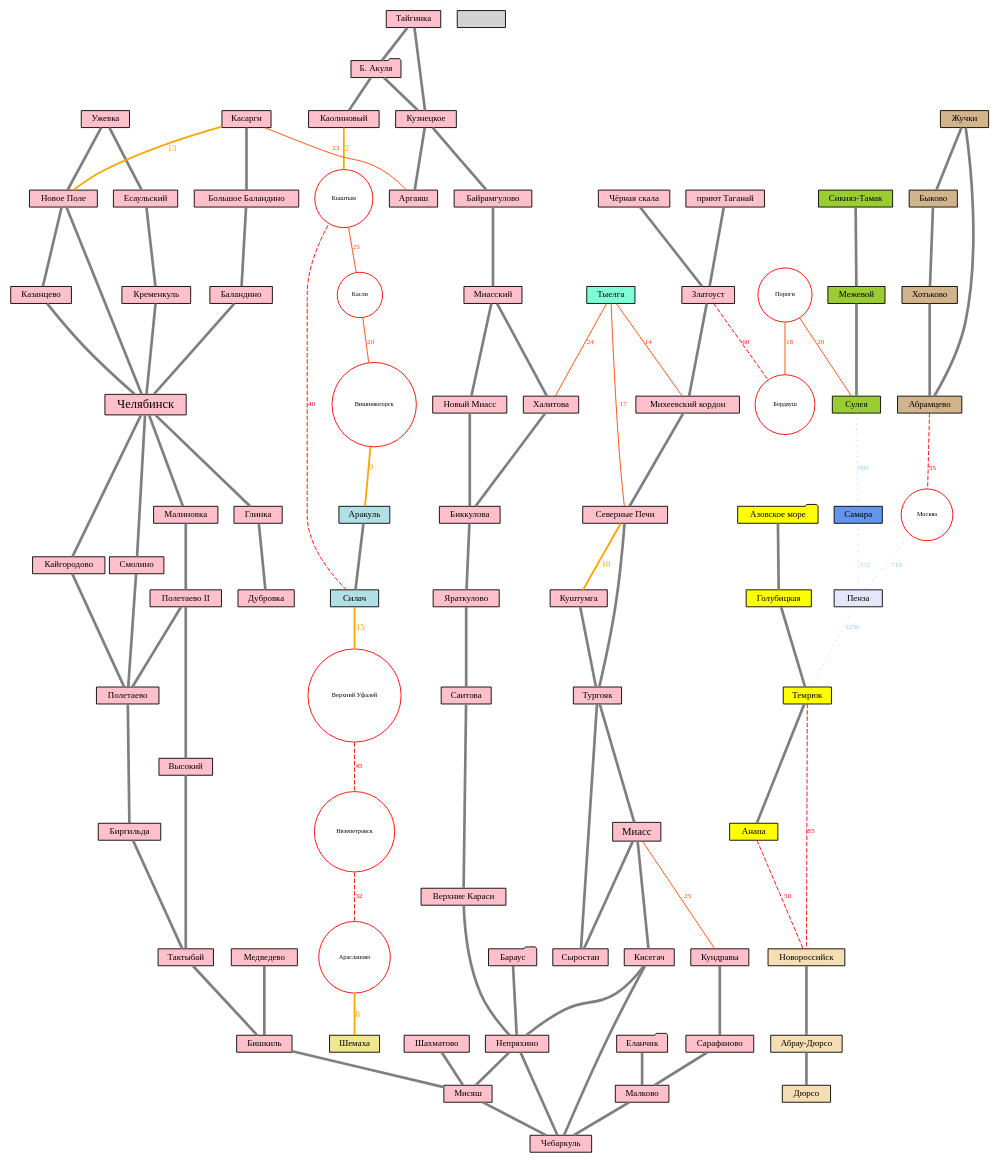
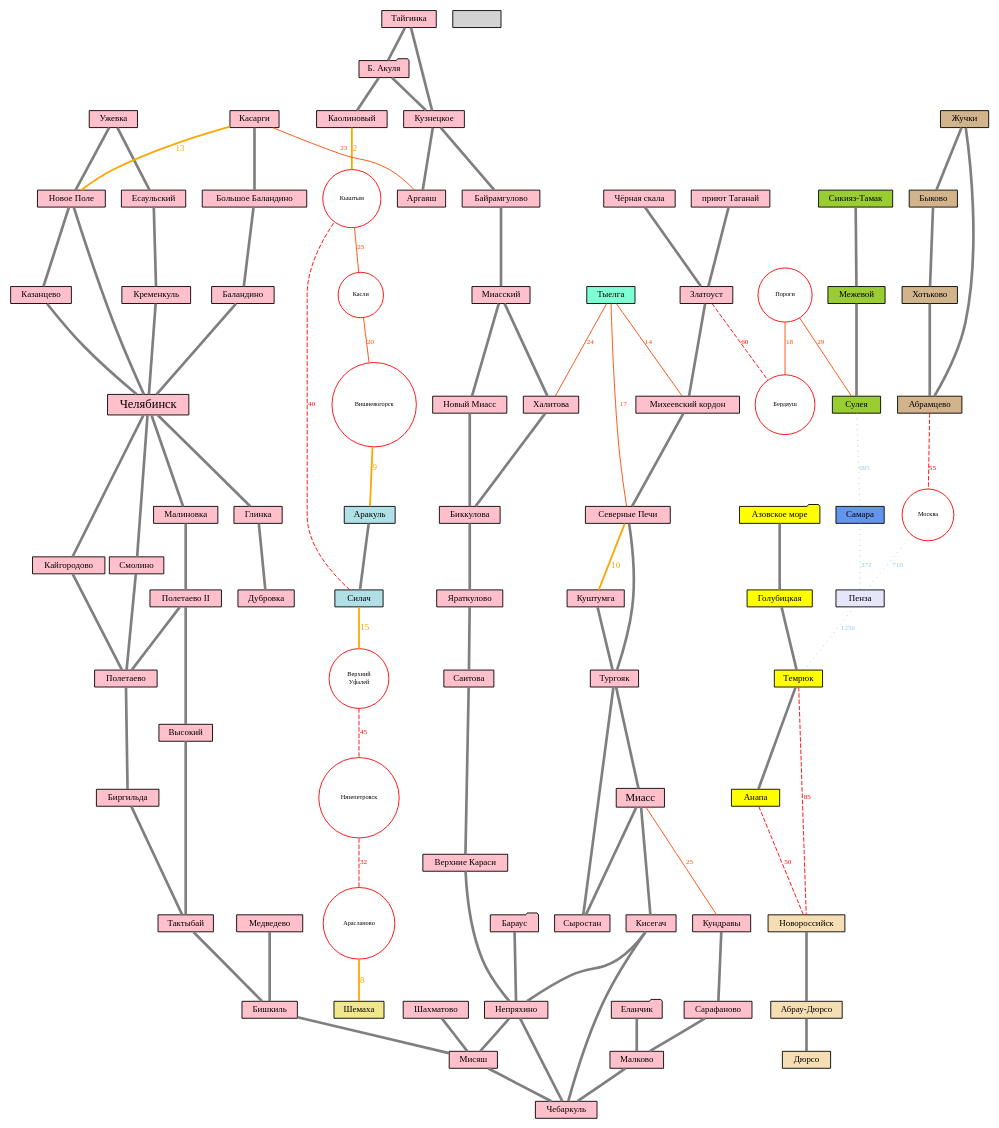
Before and after one commit to shoorick/bike-area: the diagram in bike-area.dot, drawn with Graphviz.

Commit message:
Верхний Уфалей разбит на две строки

```diff
--- a/bike-area.dot
+++ b/bike-area.dot
@@ -1,146 +1,146 @@
 graph G {
     node [ shape=box, fontsize=10, fontname="Droid Sans", style=filled, height=0.2 ]
     edge [ color=gray50, penwidth=3, fontname="Droid Sans" ]
     graph [ overlap=false ]
 
     subgraph main {
         node [ fillcolor=pink ]
         Челябинск [ fontsize=14 ]
 
         "Б. Акуля" [ shape=folder ]
         "Бараус"   [ shape=folder ]
         "Еланчик"  [ shape=folder ]
 
         Миасс [ fontsize=12 ]
         Челябинск -- Смолино -- Полетаево -- Биргильда -- Тактыбай -- Бишкиль -- Мисяш -- Чебаркуль
         Миасс -- Кисегач -- Чебаркуль
         Кисегач -- Непряхино -- Мисяш
         Шахматово -- Мисяш
         Медведево -- Бишкиль
         Челябинск -- Малиновка -- "Полетаево II" -- Высокий -- Тактыбай
         "Полетаево II" -- Полетаево
         "Б. Акуля" -- Кузнецкое -- Байрамгулово -- Миасский -- "Новый Миасс" -- Биккулова -- Яраткулово -- Саитова -- "Верхние Караси" -- Непряхино
         Кундравы -- Сарафаново -- Малково
         Бараус -- Непряхино -- Чебаркуль
         Миасский -- Халитова -- Биккулова
         Еланчик -- Малково -- Чебаркуль
         Тайгинка -- "Б. Акуля" -- Каолиновый
         Тайгинка -- Кузнецкое -- Аргаяш
         Челябинск -- Кайгородово -- Полетаево
         Ужевка -- Есаульский -- Кременкуль -- Челябинск
         Касарги -- "Большое Баландино" -- Баландино -- Челябинск
         "Чёрная скала" -- Златоуст -- "Михеевский кордон" -- "Северные Печи"
         "приют Таганай" -- Златоуст
         "Северные Печи" -- Тургояк -- Миасс -- Сыростан
         Куштумга -- Тургояк -- Сыростан
         Ужевка -- "Новое Поле" -- Казанцево -- Челябинск
         "Новое Поле" -- Челябинск
         Челябинск -- Глинка -- Дубровка
     }
 
     subgraph north {
         node [ fillcolor=powderblue ]
 
         Аракуль -- Силач
     }
 
     subgraph penza {
         node [ fillcolor=lavender ]
 
         Пенза
     }
 
     subgraph samara {
         node [ fillcolor=cornflowerblue ]
 
         Самара
     }
 
     subgraph shemakha {
         node [ fillcolor=khaki ]
 
         Шемаха
     }
 
     subgraph ai {
         node [ fillcolor=yellowgreen ]
 
         "Сикияз-Тамак" -- Межевой -- Сулея
     }
 
     subgraph south1 {
         node [ fillcolor=yellow ]
         "Азовское море" [ shape=folder ]
         "Азовское море" -- Голубицкая -- Темрюк -- Анапа
     }
 
     subgraph south2 {
         node [ fillcolor=wheat ]
 
         Новороссийск -- "Абрау-Дюрсо" -- Дюрсо
     }
 
     subgraph tyelga {
         node [ fillcolor=aquamarine ]
 
         Тыелга
     }
 
     subgraph zhuchki {
         node [ fillcolor=tan ]
 
         Жучки -- Абрамцево
         Жучки -- Быково -- Хотьково -- Абрамцево
     }
 
     subgraph failed_cities {
         node [ shape="circle",fillcolor="white",color="red",fontsize=7, height=0.1 ]
         Кыштым Касли Пороги Бердяуш Вишневогорск
-        Арасланово Нязепетровск "Верхний Уфалей"
+        Арасланово Нязепетровск "Верхний\nУфалей"
         Москва
     }
 
     subgraph failed {
 
-        // Ближние — можно пройти за час
+        // Ближайшие — можно пройти за час
         edge [ color=orange, fontcolor=orange, fontsize=10, penwidth=2 ]
         Каолиновый -- Кыштым [ label=2 ]
         Вишневогорск -- Аракуль  [ label=9 ]
         "Северные Печи" -- Куштумга [ label=10 ]
         Касарги -- "Новое Поле" [ label=13 ]
-        Силач -- "Верхний Уфалей" [ label=15 ]
+        Силач -- "Верхний\nУфалей" [ label=15 ]
         Арасланово -- Шемаха [ label=8 ]
 
         // Ближние
         edge [ color=orangered, fontcolor=orangered, fontsize=8, penwidth=1 ]
         Пороги -- Бердяуш [ label=18 ]
         Миасс -- Кундравы [ label=25 ]
         Касарги -- Аргаяш [ label=23 ]
         Пороги -- Сулея  [ label=29 ]
         Кыштым -- Касли  [ label=25 ]
         Касли -- Вишневогорск [ label=20]
         Тыелга -- "Михеевский кордон" [ label=14 ]
         Тыелга -- "Северные Печи" [ label=17 ]
         Тыелга -- Халитова [ label=24 ]
 
         // Средние — можно пройти за день
         edge [ color=red, fontcolor=red, style="dashed" ]
         Силач -- Кыштым  [ label=40 ]
         Анапа -- Новороссийск [ label=50 ]
         Златоуст -- Бердяуш [ label=60 ]
         Нязепетровск -- Арасланово [ label=32 ]
-        "Верхний Уфалей" -- Нязепетровск [ label=45 ]
+        "Верхний\nУфалей" -- Нязепетровск [ label=45 ]
         Абрамцево -- Москва [ label=55 ]
         Темрюк -- Новороссийск [ label=85 ]
 
         // Дальние
         edge [ color=plum, fontcolor=plum, style="dotted" ]
 
         // Совсем дальние — нереально проехать
         edge [ color=skyblue, fontcolor=skyblue ]
         Самара -- Пенза [ label=372 ]
         Москва -- Пенза [ label=710 ]
         Сулея -- Самара [ label=695 ]
         Пенза -- Темрюк [ label=1250 ]
     }
 }
```
